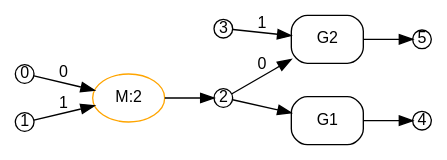
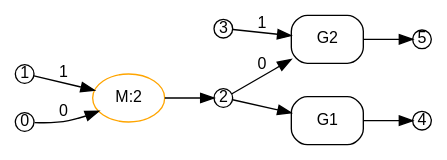
One commit to ammatsui/bhypvis changed the diagram in crates/bhyp/images/test_copy_subst_commute/G_original.dot. Above: the diagram before and after it, drawn with Graphviz. The commit also changed other lines of this file and 738 other files, not shown here.

```diff
--- a/crates/bhyp/images/test_copy_subst_commute/G_original.dot
+++ b/crates/bhyp/images/test_copy_subst_commute/G_original.dot
@@ -1,32 +1,32 @@
 digraph G_original {
   fontname="Helvetica"
   fontsize=12
   rankdir=LR;
   node [fontname="Helvetica", fontsize=12];
   edge [fontname="Helvetica", fontsize=12];
 
   // Nodes
+  n4 [label="4", shape=circle, style=filled, fillcolor=white, color="black", width=0.2, height=0.2, fixedsize=true];
+  n3 [label="3", shape=circle, style=filled, fillcolor=white, color="black", width=0.2, height=0.2, fixedsize=true];
+  n1 [label="1", shape=circle, style=filled, fillcolor=white, color="black", width=0.2, height=0.2, fixedsize=true];
+  n5 [label="5", shape=circle, style=filled, fillcolor=white, color="black", width=0.2, height=0.2, fixedsize=true];
   n2 [label="2", shape=circle, style=filled, fillcolor=white, color="black", width=0.2, height=0.2, fixedsize=true];
   n0 [label="0", shape=circle, style=filled, fillcolor=white, color="black", width=0.2, height=0.2, fixedsize=true];
-  n3 [label="3", shape=circle, style=filled, fillcolor=white, color="black", width=0.2, height=0.2, fixedsize=true];
-  n5 [label="5", shape=circle, style=filled, fillcolor=white, color="black", width=0.2, height=0.2, fixedsize=true];
-  n4 [label="4", shape=circle, style=filled, fillcolor=white, color="black", width=0.2, height=0.2, fixedsize=true];
-  n1 [label="1", shape=circle, style=filled, fillcolor=white, color="black", width=0.2, height=0.2, fixedsize=true];
 
   // Hyperedges
   e2 [label="G1", shape=box, style=rounded, color="black"];
   e0 [label="M:2", shape=ellipse, style=rounded, color="orange"];
   e1 [label="G2", shape=box, style=rounded, color="black"];
 
   // Source connections
   n2 -> e2 [label=""];
   n0 -> e0 [label="0"];
   n1 -> e0 [label="1"];
   n2 -> e1 [label="0"];
   n3 -> e1 [label="1"];
 
   // Target connections
   e2 -> n4 [label=""];
   e0 -> n2 [label=""];
   e1 -> n5 [label=""];
 }
```
